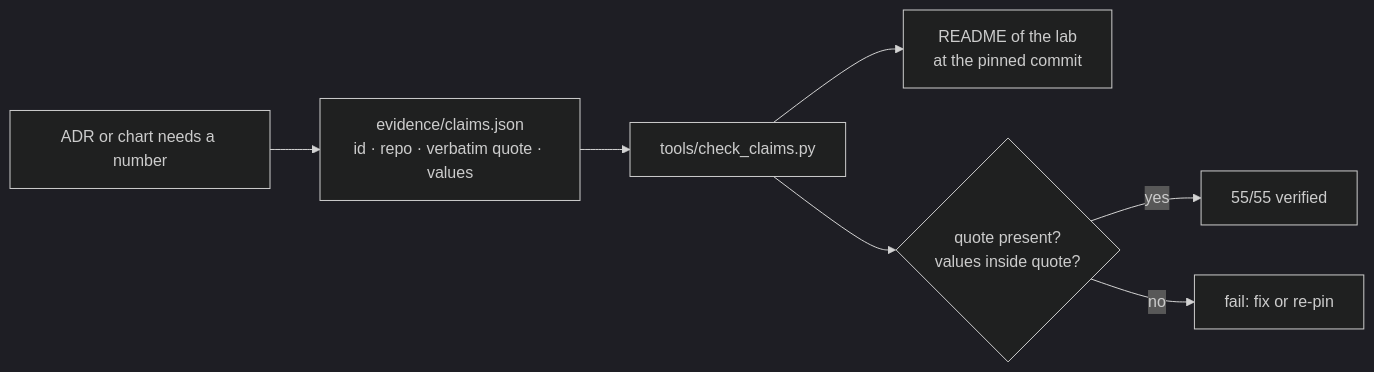
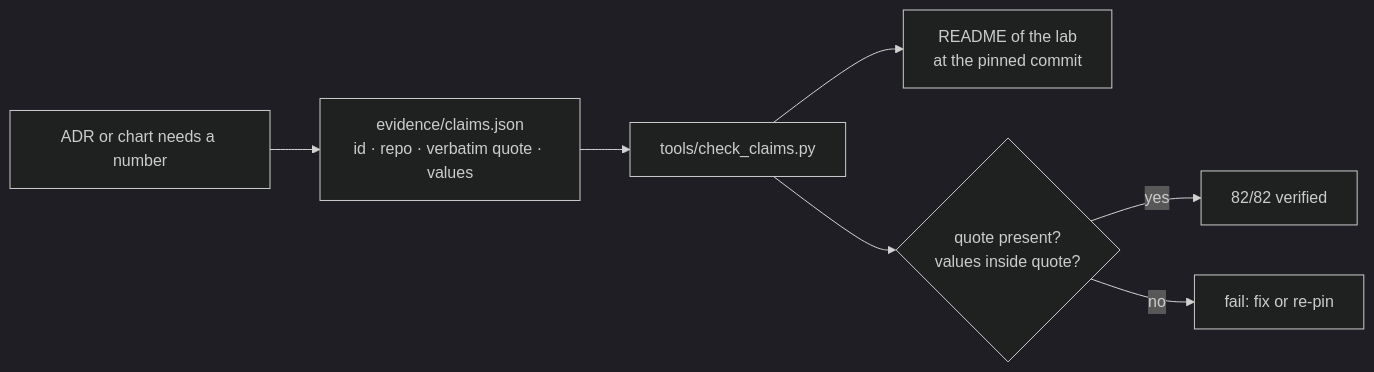
One commit to masterfabric/masterfabric-data-architecture-adr changed the second of 2 diagrams in README.md. Above: the diagram before and after it, drawn with Mermaid (dark theme). The commit also changed other lines of this file, not shown here.

First line of the commit message:
docs(readme): 12 ADRs, 82 verified numbers, C4 views, cost section with figure, champion v5

````diff
--- a/README.md
+++ b/README.md
@@ -57,9 +109,9 @@
 ```mermaid
 flowchart LR
   A[ADR or chart needs a number] --> C[evidence/claims.json<br/>id · repo · verbatim quote · values]
   C --> K[tools/check_claims.py]
   K --> G[README of the lab<br/>at the pinned commit]
   K --> V{quote present?<br/>values inside quote?}
-  V -- yes --> OK[55/55 verified]
+  V -- yes --> OK[82/82 verified]
   V -- no --> F[fail: fix or re-pin]
 ```
````
